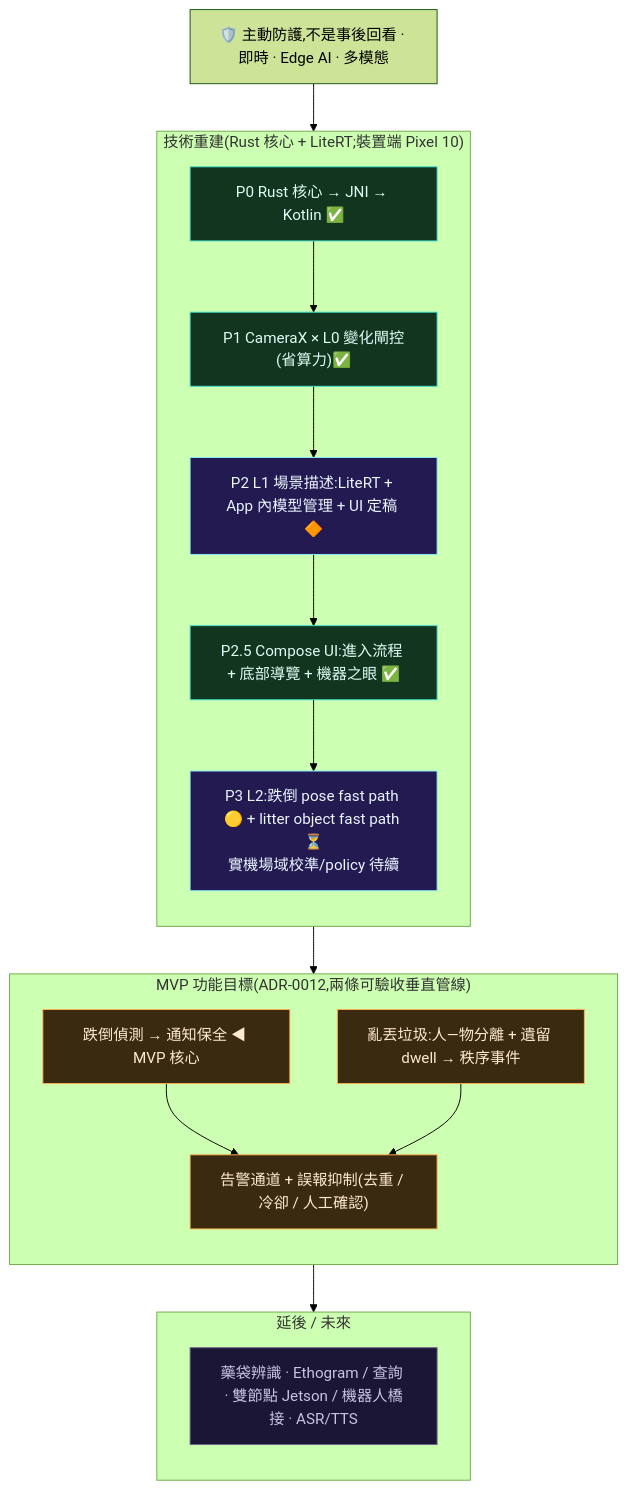
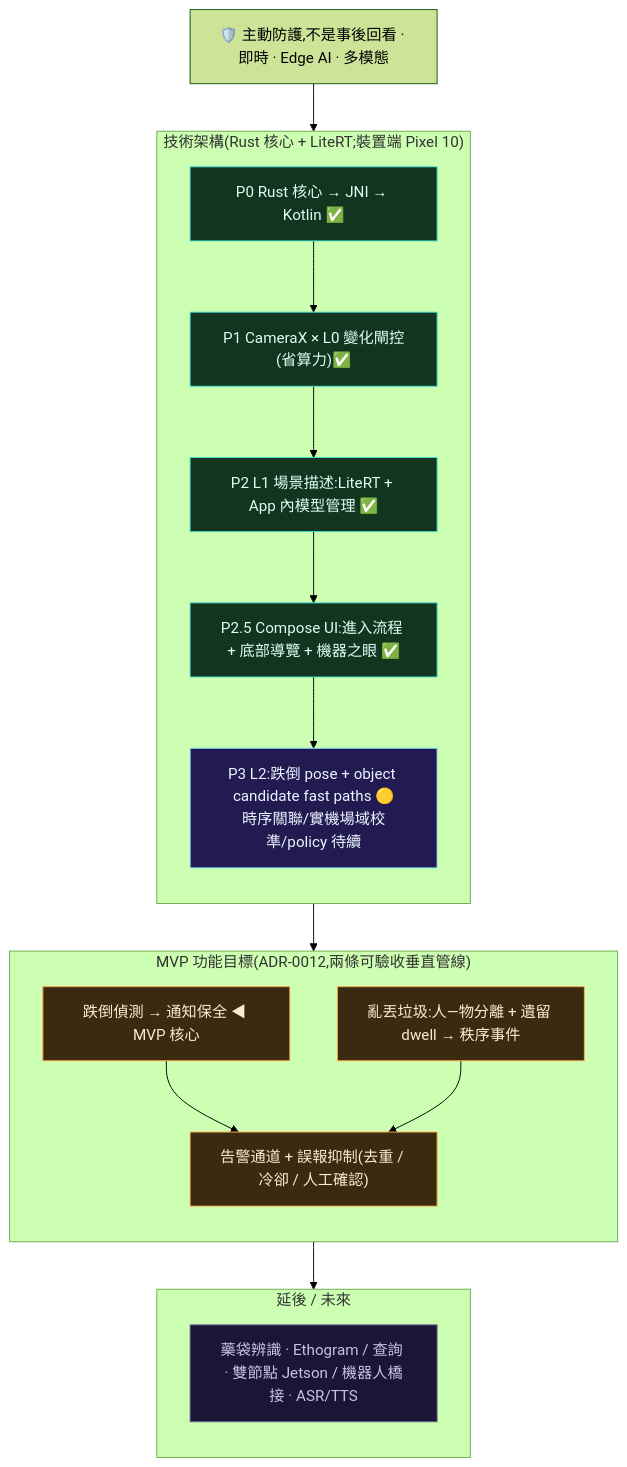
One commit to TingFengChou/claustrum changed the first of 4 diagrams in README.md. Above: the diagram before and after it, drawn with Mermaid (forest theme). The commit also changed other lines of this file and 31 other files, not shown here.

````diff
--- a/README.md
+++ b/README.md
@@ -79,40 +84,40 @@
 ```mermaid
 flowchart TD
   T["🛡️ 主動防護,不是事後回看 · 即時 · Edge AI · 多模態"]
 
-  subgraph TECH["技術重建(Rust 核心 + LiteRT;裝置端 Pixel 10)"]
+  subgraph TECH["技術架構(Rust 核心 + LiteRT;裝置端 Pixel 10)"]
     direction TB
     P0["P0 Rust 核心 → JNI → Kotlin ✅"]
     P1["P1 CameraX × L0 變化閘控(省算力)✅"]
-    P2["P2 L1 場景描述:LiteRT + App 內模型管理 + UI 定稿 🔶"]
+    P2["P2 L1 場景描述:LiteRT + App 內模型管理 ✅"]
     P25["P2.5 Compose UI:進入流程 + 底部導覽 + 機器之眼 ✅"]
-    P3T["P3 L2:跌倒 pose fast path 🟡 + litter object fast path ⏳<br/>實機場域校準/policy 待續"]
+    P3T["P3 L2:跌倒 pose + object candidate fast paths 🟡<br/>時序關聯/實機場域校準/policy 待續"]
     P0 --> P1 --> P2 --> P25 --> P3T
   end
 
   subgraph MVP["MVP 功能目標(ADR-0012,兩條可驗收垂直管線)"]
     direction TB
     B["跌倒偵測 → 通知保全 ◀ MVP 核心"]
     C["亂丟垃圾:人—物分離 + 遺留 dwell → 秩序事件"]
     D["告警通道 + 誤報抑制(去重 / 冷卻 / 人工確認)"]
     B --> D
     C --> D
   end
 
   subgraph LATER["延後 / 未來"]
     direction TB
     F["藥袋辨識 · Ethogram / 查詢 · 雙節點 Jetson / 機器人橋接 · ASR/TTS"]
   end
 
   T --> TECH --> MVP --> LATER
 
   classDef done fill:#12351f,stroke:#43e0d0,color:#dffdf5;
   classDef now fill:#241a52,stroke:#8be9ff,color:#eaf6ff;
   classDef next fill:#3a2a10,stroke:#ffb054,color:#ffe9cf;
   classDef future fill:#1c1636,stroke:#6b6690,color:#c7c3e0;
-  class P0,P1,P25 done;
-  class P2,P3T now;
+  class P0,P1,P2,P25 done;
+  class P3T now;
   class B next;
   class C,D next;
   class F future;
 ```
````
